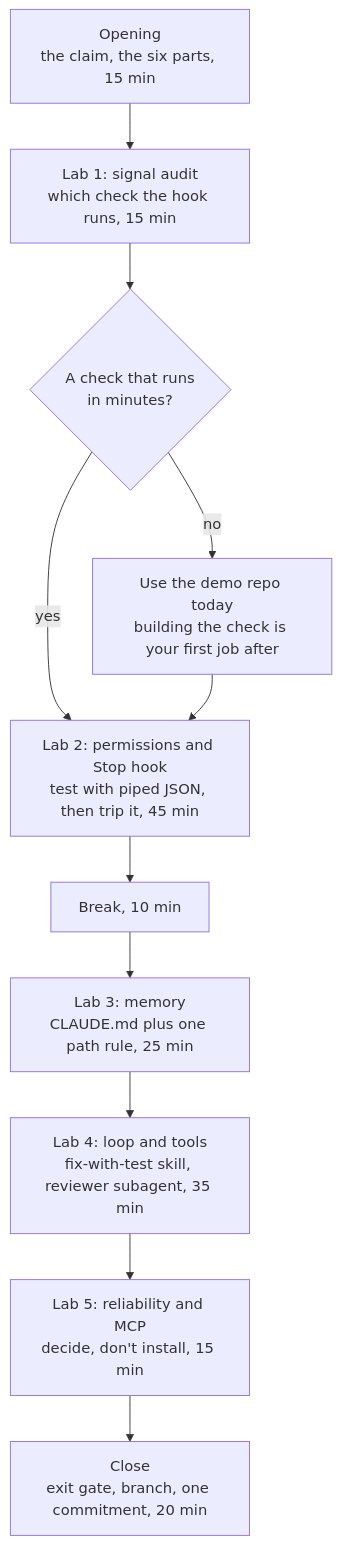
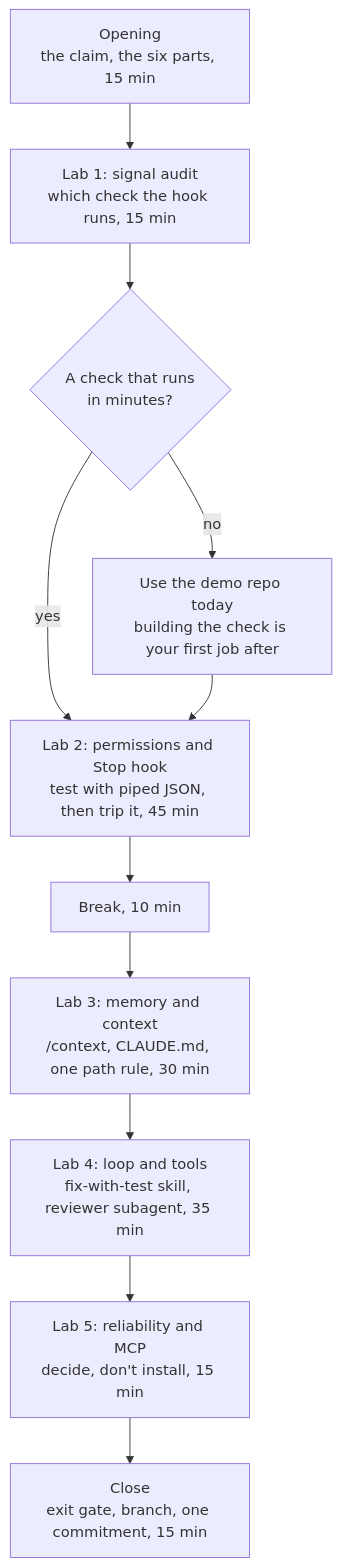
Before and after one commit to Born-MT/claude-code-exercises: the diagram in workshops/harness/WORKSHOP.md, drawn with Mermaid. The commit also changed other lines of this file and 4 other files, not shown here.

````diff
--- a/workshops/harness/WORKSHOP.md
+++ b/workshops/harness/WORKSHOP.md
@@ -44,13 +44,13 @@
 ```mermaid
 flowchart TD
     O["Opening<br/>the claim, the six parts, 15 min"] --> L1["Lab 1: signal audit<br/>which check the hook runs, 15 min"]
     L1 --> G{"A check that runs<br/>in minutes?"}
     G -->|yes| L2["Lab 2: permissions and Stop hook<br/>test with piped JSON, then trip it, 45 min"]
     G -->|no| NB["Use the demo repo today<br/>building the check is your first job after"]
     NB --> L2
     L2 --> BR["Break, 10 min"]
-    BR --> L3["Lab 3: memory<br/>CLAUDE.md plus one path rule, 25 min"]
+    BR --> L3["Lab 3: memory and context<br/>/context, CLAUDE.md, one path rule, 30 min"]
     L3 --> L4["Lab 4: loop and tools<br/>fix-with-test skill, reviewer subagent, 35 min"]
     L4 --> L5["Lab 5: reliability and MCP<br/>decide, don't install, 15 min"]
-    L5 --> C["Close<br/>exit gate, branch, one commitment, 20 min"]
+    L5 --> C["Close<br/>exit gate, branch, one commitment, 15 min"]
 ```
````
